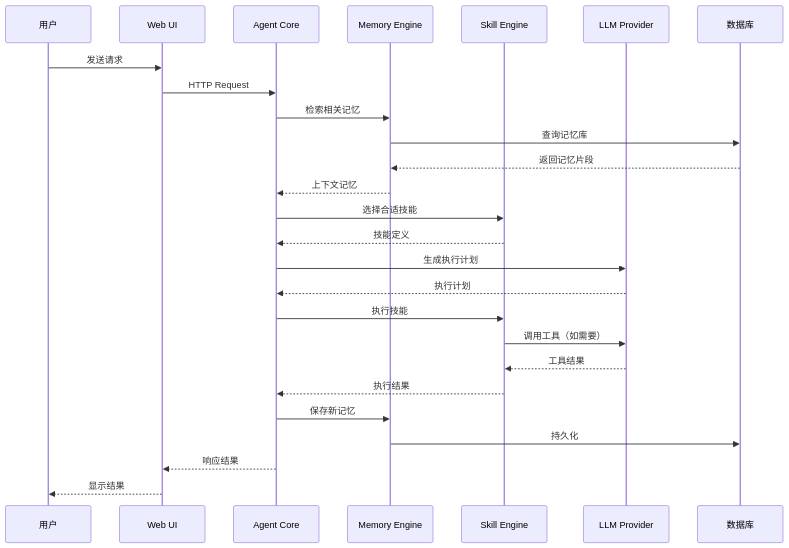
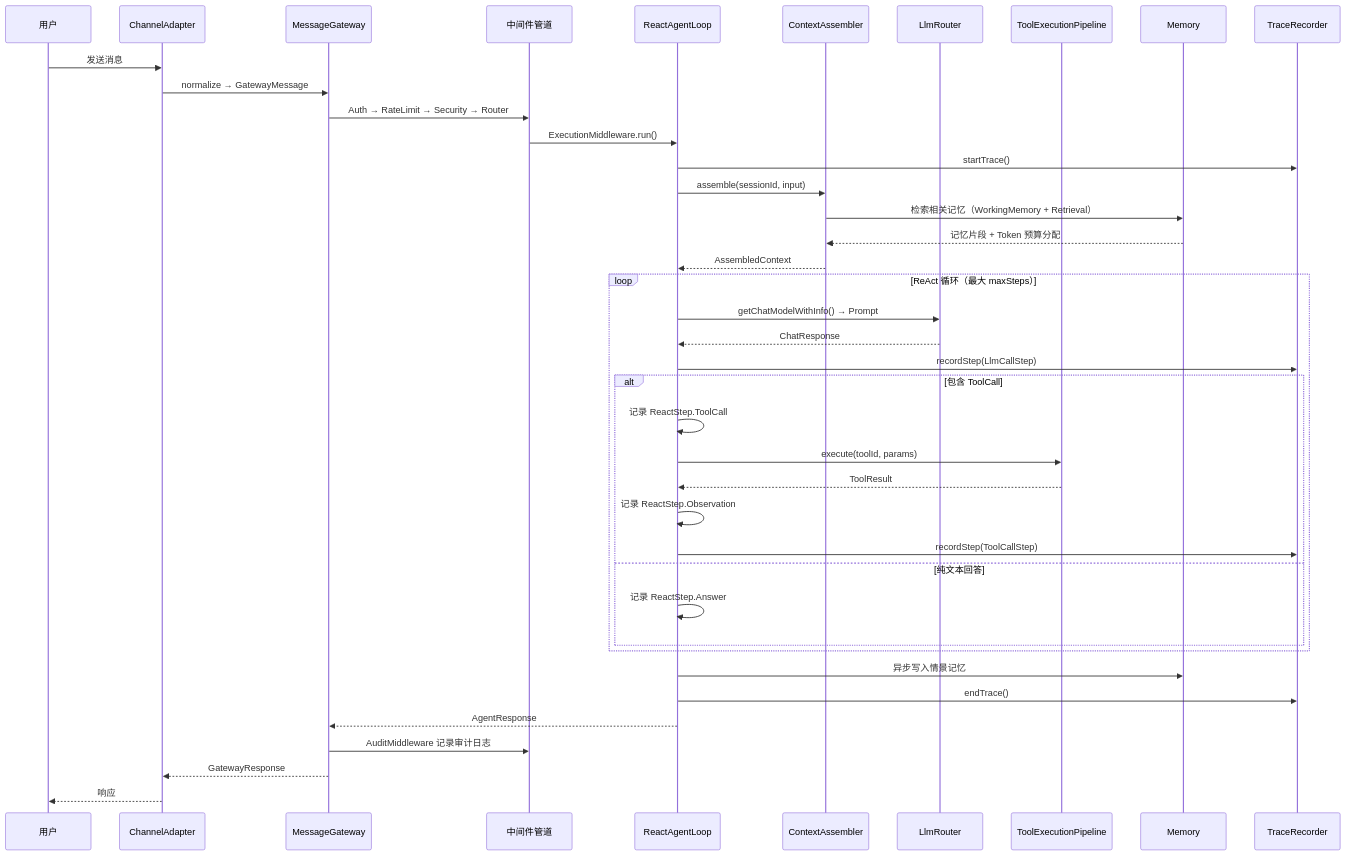
The third of 35 diagrams in ARCHITECTURE-DIAGRAMS.md (ntygod/LifePilot), drawn with Mermaid before and after one commit. The commit also changed other lines of this file and 2 other files, not shown here.

````diff
--- a/ARCHITECTURE-DIAGRAMS.md
+++ b/ARCHITECTURE-DIAGRAMS.md
@@ -123,34 +179,47 @@
 ```mermaid
 sequenceDiagram
     participant User as 用户
-    participant UI as Web UI
-    participant Agent as Agent Core
-    participant Memory as Memory Engine
-    participant Skill as Skill Engine
-    participant LLM as LLM Provider
-    participant DB as 数据库
+    participant CH as ChannelAdapter
+    participant GW as MessageGateway
+    participant MW as 中间件管道
+    participant Agent as ReactAgentLoop
+    participant Ctx as ContextAssembler
+    participant LLM as LlmRouter
+    participant Tool as ToolExecutionPipeline
+    participant Mem as Memory
+    participant Trace as TraceRecorder
 
-    User->>UI: 发送请求
-    UI->>Agent: HTTP Request
-    Agent->>Memory: 检索相关记忆
-    Memory->>DB: 查询记忆库
-    DB-->>Memory: 返回记忆片段
-    Memory-->>Agent: 上下文记忆
+    User->>CH: 发送消息
+    CH->>GW: normalize → GatewayMessage
+    GW->>MW: Auth → RateLimit → Security → Router
+    MW->>Agent: ExecutionMiddleware.run()
     
-    Agent->>Skill: 选择合适技能
-    Skill-->>Agent: 技能定义
-    
-    Agent->>LLM: 生成执行计划
-    LLM-->>Agent: 执行计划
-    
-    Agent->>Skill: 执行技能
-    Skill->>LLM: 调用工具（如需要）
-    LLM-->>Skill: 工具结果
-    Skill-->>Agent: 执行结果
-    
-    Agent->>Memory: 保存新记忆
-    Memory->>DB: 持久化
-    
-    Agent-->>UI: 响应结果
-    UI-->>User: 显示结果
+    Agent->>Trace: startTrace()
+    Agent->>Ctx: assemble(sessionId, input)
+    Ctx->>Mem: 检索相关记忆（WorkingMemory + Retrieval）
+    Mem-->>Ctx: 记忆片段 + Token 预算分配
+    Ctx-->>Agent: AssembledContext
+
+    loop ReAct 循环（最大 maxSteps）
+        Agent->>LLM: getChatModelWithInfo() → Prompt
+        LLM-->>Agent: ChatResponse
+        Agent->>Trace: recordStep(LlmCallStep)
+        
+        alt 包含 ToolCall
+            Agent->>Agent: 记录 ReactStep.ToolCall
+            Agent->>Tool: execute(toolId, params)
+            Tool-->>Agent: ToolResult
+            Agent->>Agent: 记录 ReactStep.Observation
+            Agent->>Trace: recordStep(ToolCallStep)
+        else 纯文本回答
+            Agent->>Agent: 记录 ReactStep.Answer
+        end
+    end
+
+    Agent->>Mem: 异步写入情景记忆
+    Agent->>Trace: endTrace()
+    Agent-->>GW: AgentResponse
+    GW->>MW: AuditMiddleware 记录审计日志
+    GW-->>CH: GatewayResponse
+    CH-->>User: 响应
 ```
````
